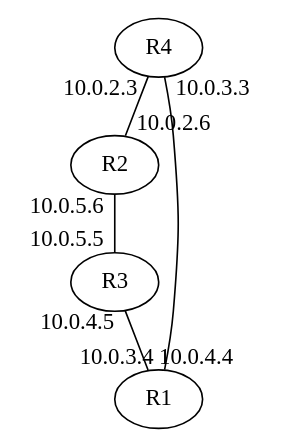
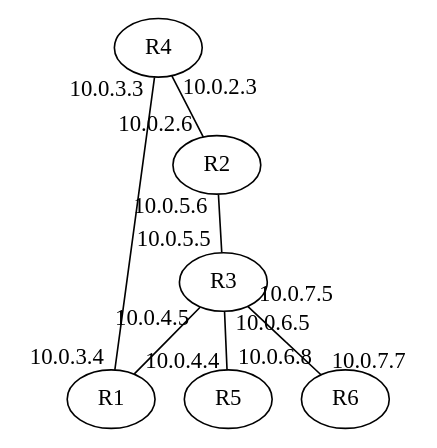
One commit to jmelich/OSPFnetworkTopology changed the diagram in test-output/round-table.gv. Above: the diagram before and after it, drawn with Graphviz. The commit also changed 4 other files, not shown here.

```diff
--- a/test-output/round-table.gv
+++ b/test-output/round-table.gv
@@ -1,10 +1,14 @@
 strict graph {
 		R4 -- R2 [headlabel="10.0.2.3" taillabel="10.0.2.6"]
 		R4 -- R1 [headlabel="10.0.3.3" taillabel="10.0.3.4"]
 		R2 -- R4 [headlabel="10.0.2.6" taillabel="10.0.2.3"]
 		R2 -- R3 [headlabel="10.0.5.6" taillabel="10.0.5.5"]
 		R3 -- R1 [headlabel="10.0.4.5" taillabel="10.0.4.4"]
 		R3 -- R2 [headlabel="10.0.5.5" taillabel="10.0.5.6"]
+		R3 -- R5 [headlabel="10.0.6.5" taillabel="10.0.6.8"]
+		R3 -- R6 [headlabel="10.0.7.5" taillabel="10.0.7.7"]
 		R1 -- R4 [headlabel="10.0.3.4" taillabel="10.0.3.3"]
 		R1 -- R3 [headlabel="10.0.4.4" taillabel="10.0.4.5"]
+		R5 -- R3 [headlabel="10.0.6.8" taillabel="10.0.6.5"]
+		R6 -- R3 [headlabel="10.0.7.7" taillabel="10.0.7.5"]
 }
```
